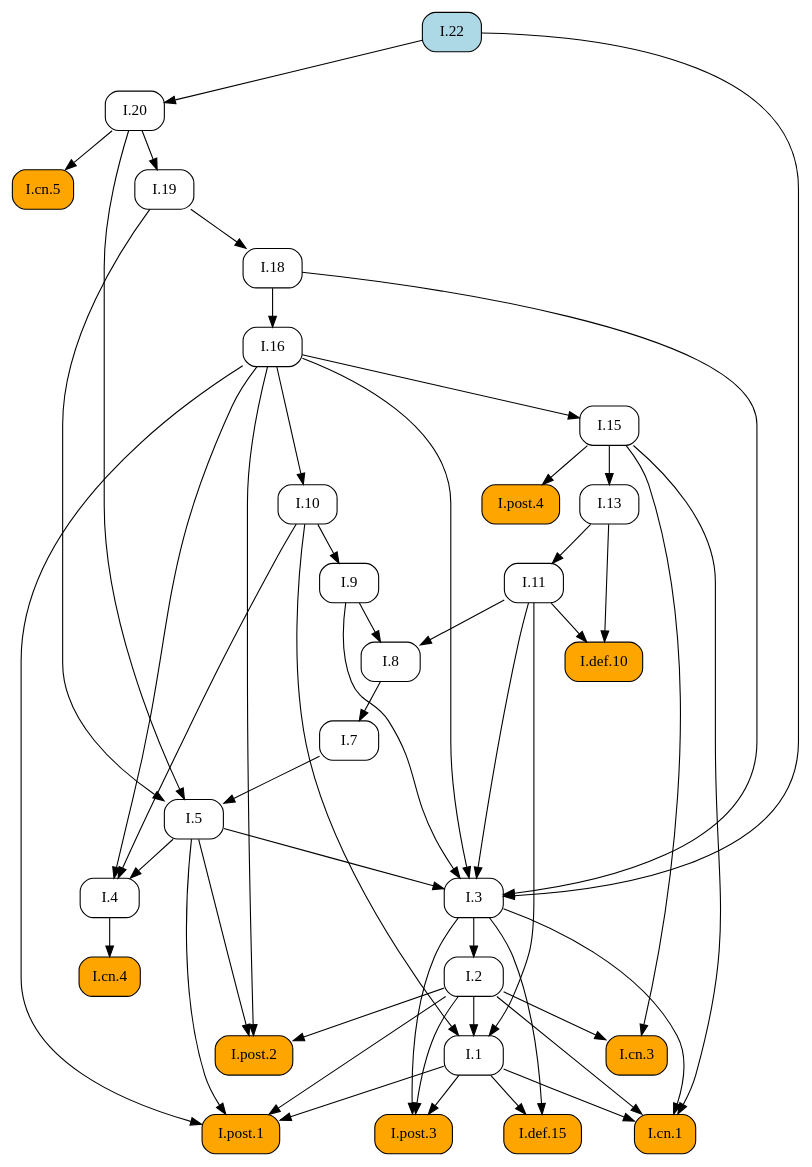
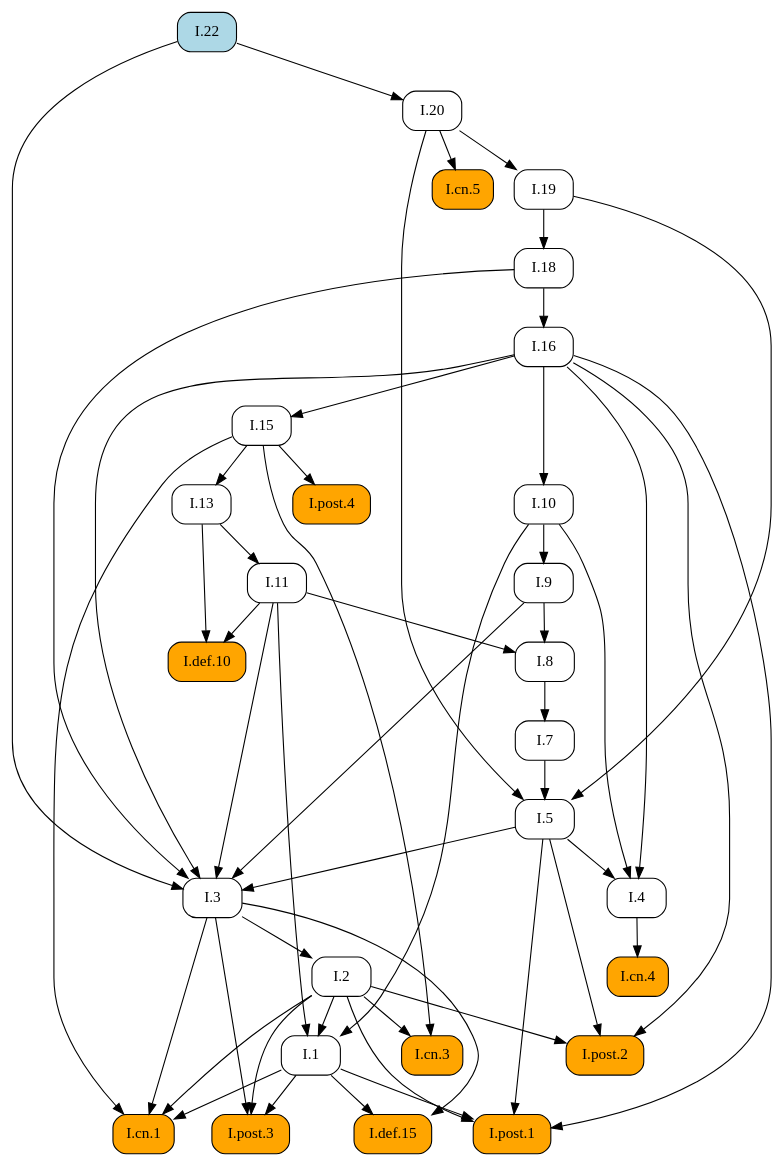
Before and after one commit to geometor/elements: the diagram in docsrc/elements2/I/22/index.rst, drawn with Graphviz. The commit also changed other lines of this file and 409 other files, not shown here.

First line of the commit message:
feat: Add image cropping and graphic extraction script

```diff
--- a/docsrc/elements2/I/22/index.rst
+++ b/docsrc/elements2/I/22/index.rst
@@ -91,82 +91,82 @@
    digraph {
      rankdir="TB";
      node [shape=box, style=rounded];
+     "I.def.15" [style="rounded,filled", fillcolor=orange, URL="/elements2/I/def.15/", target="_top"];
+     "I.19" [URL="/elements2/I/19/", target="_top"];
+     "I.18" [URL="/elements2/I/18/", target="_top"];
+     "I.11" [URL="/elements2/I/11/", target="_top"];
+     "I.def.10" [style="rounded,filled", fillcolor=orange, URL="/elements2/I/def.10/", target="_top"];
      "I.8" [URL="/elements2/I/8/", target="_top"];
-     "I.19" [URL="/elements2/I/19/", target="_top"];
+     "I.22" [style="rounded,filled", fillcolor=lightblue, URL="/elements2/I/22/", target="_top"];
+     "I.5" [URL="/elements2/I/5/", target="_top"];
+     "I.15" [URL="/elements2/I/15/", target="_top"];
+     "I.3" [URL="/elements2/I/3/", target="_top"];
+     "I.10" [URL="/elements2/I/10/", target="_top"];
+     "I.cn.3" [style="rounded,filled", fillcolor=orange, URL="/elements2/I/cn.3/", target="_top"];
+     "I.cn.1" [style="rounded,filled", fillcolor=orange, URL="/elements2/I/cn.1/", target="_top"];
+     "I.cn.5" [style="rounded,filled", fillcolor=orange, URL="/elements2/I/cn.5/", target="_top"];
+     "I.13" [URL="/elements2/I/13/", target="_top"];
+     "I.4" [URL="/elements2/I/4/", target="_top"];
+     "I.post.3" [style="rounded,filled", fillcolor=orange, URL="/elements2/I/post.3/", target="_top"];
+     "I.7" [URL="/elements2/I/7/", target="_top"];
+     "I.9" [URL="/elements2/I/9/", target="_top"];
+     "I.16" [URL="/elements2/I/16/", target="_top"];
+     "I.2" [URL="/elements2/I/2/", target="_top"];
+     "I.post.1" [style="rounded,filled", fillcolor=orange, URL="/elements2/I/post.1/", target="_top"];
      "I.1" [URL="/elements2/I/1/", target="_top"];
-     "I.cn.3" [style="rounded,filled", fillcolor=orange, URL="/elements2/I/cn.3/", target="_top"];
+     "I.post.4" [style="rounded,filled", fillcolor=orange, URL="/elements2/I/post.4/", target="_top"];
      "I.cn.4" [style="rounded,filled", fillcolor=orange, URL="/elements2/I/cn.4/", target="_top"];
-     "I.7" [URL="/elements2/I/7/", target="_top"];
-     "I.post.1" [style="rounded,filled", fillcolor=orange, URL="/elements2/I/post.1/", target="_top"];
-     "I.9" [URL="/elements2/I/9/", target="_top"];
-     "I.5" [URL="/elements2/I/5/", target="_top"];
-     "I.cn.1" [style="rounded,filled", fillcolor=orange, URL="/elements2/I/cn.1/", target="_top"];
-     "I.16" [URL="/elements2/I/16/", target="_top"];
-     "I.def.10" [style="rounded,filled", fillcolor=orange, URL="/elements2/I/def.10/", target="_top"];
-     "I.18" [URL="/elements2/I/18/", target="_top"];
-     "I.13" [URL="/elements2/I/13/", target="_top"];
-     "I.post.4" [style="rounded,filled", fillcolor=orange, URL="/elements2/I/post.4/", target="_top"];
-     "I.2" [URL="/elements2/I/2/", target="_top"];
-     "I.def.15" [style="rounded,filled", fillcolor=orange, URL="/elements2/I/def.15/", target="_top"];
-     "I.cn.5" [style="rounded,filled", fillcolor=orange, URL="/elements2/I/cn.5/", target="_top"];
-     "I.4" [URL="/elements2/I/4/", target="_top"];
-     "I.22" [style="rounded,filled", fillcolor=lightblue, URL="/elements2/I/22/", target="_top"];
-     "I.11" [URL="/elements2/I/11/", target="_top"];
-     "I.10" [URL="/elements2/I/10/", target="_top"];
-     "I.15" [URL="/elements2/I/15/", target="_top"];
      "I.20" [URL="/elements2/I/20/", target="_top"];
-     "I.3" [URL="/elements2/I/3/", target="_top"];
      "I.post.2" [style="rounded,filled", fillcolor=orange, URL="/elements2/I/post.2/", target="_top"];
-     "I.post.3" [style="rounded,filled", fillcolor=orange, URL="/elements2/I/post.3/", target="_top"];
+     "I.1" -> "I.def.15";
+     "I.3" -> "I.def.15";
+     "I.20" -> "I.19";
+     "I.19" -> "I.18";
+     "I.13" -> "I.11";
+     "I.11" -> "I.def.10";
+     "I.13" -> "I.def.10";
      "I.9" -> "I.8";
      "I.11" -> "I.8";
-     "I.20" -> "I.19";
-     "I.2" -> "I.1";
-     "I.10" -> "I.1";
-     "I.11" -> "I.1";
-     "I.2" -> "I.cn.3";
-     "I.15" -> "I.cn.3";
-     "I.4" -> "I.cn.4";
-     "I.8" -> "I.7";
-     "I.1" -> "I.post.1";
-     "I.2" -> "I.post.1";
-     "I.5" -> "I.post.1";
-     "I.16" -> "I.post.1";
-     "I.10" -> "I.9";
      "I.7" -> "I.5";
      "I.19" -> "I.5";
      "I.20" -> "I.5";
-     "I.1" -> "I.cn.1";
-     "I.2" -> "I.cn.1";
-     "I.3" -> "I.cn.1";
-     "I.15" -> "I.cn.1";
-     "I.18" -> "I.16";
-     "I.11" -> "I.def.10";
-     "I.13" -> "I.def.10";
-     "I.19" -> "I.18";
-     "I.15" -> "I.13";
-     "I.15" -> "I.post.4";
-     "I.3" -> "I.2";
-     "I.1" -> "I.def.15";
-     "I.3" -> "I.def.15";
-     "I.20" -> "I.cn.5";
-     "I.5" -> "I.4";
-     "I.10" -> "I.4";
-     "I.16" -> "I.4";
-     "I.13" -> "I.11";
-     "I.16" -> "I.10";
      "I.16" -> "I.15";
-     "I.22" -> "I.20";
      "I.5" -> "I.3";
      "I.9" -> "I.3";
      "I.11" -> "I.3";
      "I.16" -> "I.3";
      "I.18" -> "I.3";
      "I.22" -> "I.3";
+     "I.16" -> "I.10";
+     "I.2" -> "I.cn.3";
+     "I.15" -> "I.cn.3";
+     "I.1" -> "I.cn.1";
+     "I.2" -> "I.cn.1";
+     "I.3" -> "I.cn.1";
+     "I.15" -> "I.cn.1";
+     "I.20" -> "I.cn.5";
+     "I.15" -> "I.13";
+     "I.5" -> "I.4";
+     "I.10" -> "I.4";
+     "I.16" -> "I.4";
+     "I.1" -> "I.post.3";
+     "I.2" -> "I.post.3";
+     "I.3" -> "I.post.3";
+     "I.8" -> "I.7";
+     "I.10" -> "I.9";
+     "I.18" -> "I.16";
+     "I.3" -> "I.2";
+     "I.1" -> "I.post.1";
+     "I.2" -> "I.post.1";
+     "I.5" -> "I.post.1";
+     "I.16" -> "I.post.1";
+     "I.2" -> "I.1";
+     "I.10" -> "I.1";
+     "I.11" -> "I.1";
+     "I.15" -> "I.post.4";
+     "I.4" -> "I.cn.4";
+     "I.22" -> "I.20";
      "I.2" -> "I.post.2";
      "I.5" -> "I.post.2";
      "I.16" -> "I.post.2";
-     "I.1" -> "I.post.3";
-     "I.2" -> "I.post.3";
-     "I.3" -> "I.post.3";
    }
```
